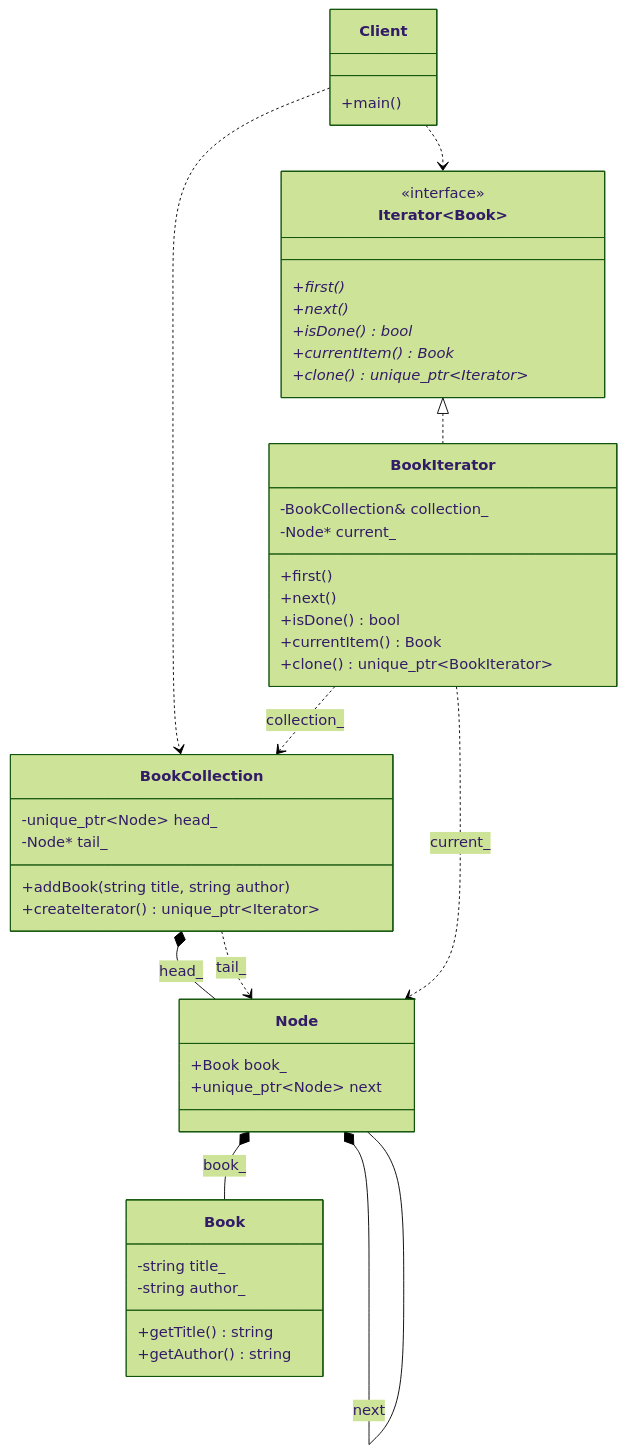
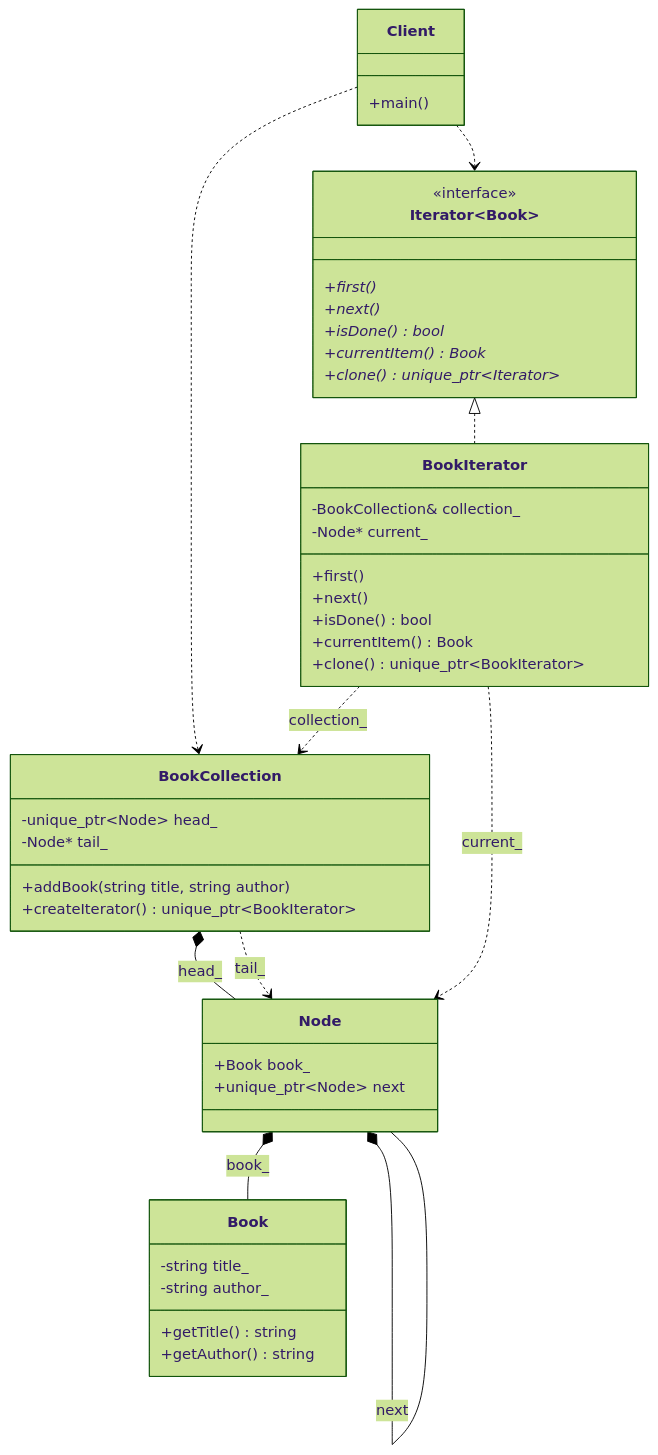
Before and after one commit to Cichlidfishexigency721/Modern-CPP-Design-Patterns: the diagram in 21_Iterator/Iterator_GoF/diagram.md, drawn with Mermaid (forest theme).

Commit message:
Improvement in UML

````diff
--- a/21_Iterator/Iterator_GoF/diagram.md
+++ b/21_Iterator/Iterator_GoF/diagram.md
@@ -3,57 +3,57 @@
 ```mermaid
 classDiagram
     class Book {
         -string title_
         -string author_
         +getTitle() string
         +getAuthor() string
     }
 
     class Iterator~Book~ {
         <<interface>>
         +first()*
         +next()*
         +isDone()* bool
         +currentItem()* Book
         +clone()* unique_ptr~Iterator~
     }
 
     class Node {
         +Book book_
         +unique_ptr~Node~ next
     }
 
     class BookCollection {
         -unique_ptr~Node~ head_
         -Node* tail_
         +addBook(string title, string author)
-        +createIterator() unique_ptr~Iterator~
+        +createIterator() unique_ptr~BookIterator~
     }
 
     class BookIterator {
         -BookCollection& collection_
         -Node* current_
         +first()
         +next()
         +isDone() bool
         +currentItem() Book
         +clone() unique_ptr~BookIterator~
     }
 
     class Client {
         +main()
     }
 
     Iterator~Book~ <|.. BookIterator
 
     BookCollection *-- Node : head_
     BookCollection ..> Node : tail_
     Node *-- Book : book_
     Node *-- Node : next
 
     BookIterator ..> BookCollection : collection_
     BookIterator ..> Node : current_
     
     Client ..> BookCollection
     Client ..> Iterator
 ```
````
